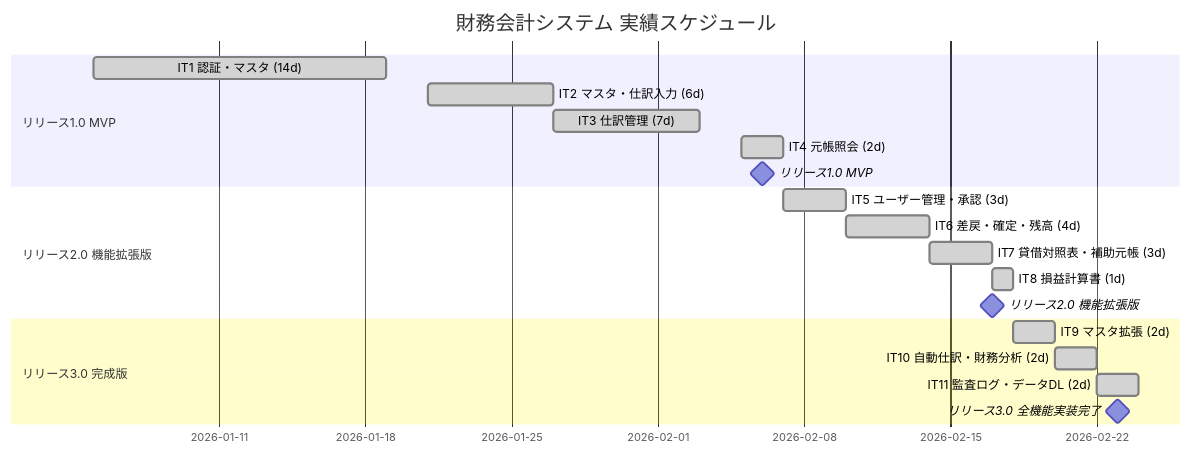
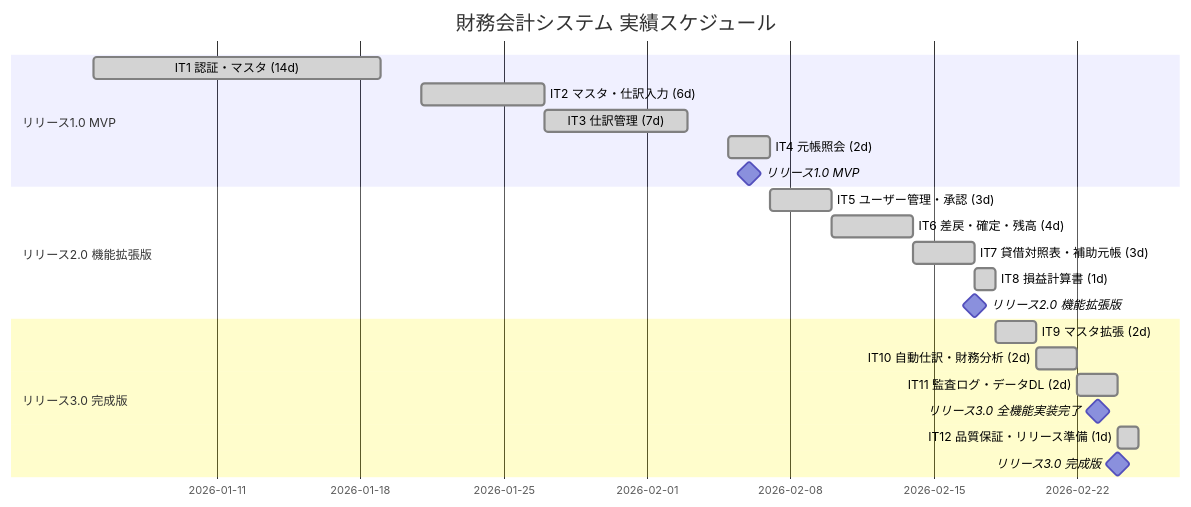
Before and after one commit to k2works/case-study-accounting: the fifth of 6 diagrams in docs/development/release_plan.md, drawn with Mermaid. The commit also changed other lines of this file and 1 other file, not shown here.

Commit message:
docs: IT12-007 ドキュメント最終整備完了（release_plan.md 実績反映・全チェックリスト完了）

````diff
--- a/docs/development/release_plan.md
+++ b/docs/development/release_plan.md
@@ -293,25 +293,27 @@
 ```mermaid
 gantt
     title 財務会計システム 実績スケジュール
     dateFormat  YYYY-MM-DD
 
     section リリース1.0 MVP
     IT1 認証・マスタ (14d)     :done, a1, 2026-01-05, 14d
     IT2 マスタ・仕訳入力 (6d)  :done, a2, 2026-01-21, 6d
     IT3 仕訳管理 (7d)          :done, a3, 2026-01-27, 7d
     IT4 元帳照会 (2d)          :done, a4, 2026-02-05, 2d
     リリース1.0 MVP            :milestone, ma1, 2026-02-06, 0d
 
     section リリース2.0 機能拡張版
     IT5 ユーザー管理・承認 (3d) :done, a5, 2026-02-07, 3d
     IT6 差戻・確定・残高 (4d)   :done, a6, 2026-02-10, 4d
     IT7 貸借対照表・補助元帳 (3d) :done, a7, 2026-02-14, 3d
     IT8 損益計算書 (1d)          :done, a8, 2026-02-17, 1d
     リリース2.0 機能拡張版      :milestone, ma2, 2026-02-17, 0d
 
     section リリース3.0 完成版
     IT9 マスタ拡張 (2d)          :done, a9, 2026-02-18, 2d
     IT10 自動仕訳・財務分析 (2d)   :done, a10, 2026-02-20, 2d
     IT11 監査ログ・データDL (2d)   :done, a11, 2026-02-22, 2d
     リリース3.0 全機能実装完了      :milestone, ma3f, 2026-02-23, 0d
+    IT12 品質保証・リリース準備 (1d) :done, a12, 2026-02-24, 1d
+    リリース3.0 完成版              :milestone, ma3, 2026-02-24, 0d
 ```
````
